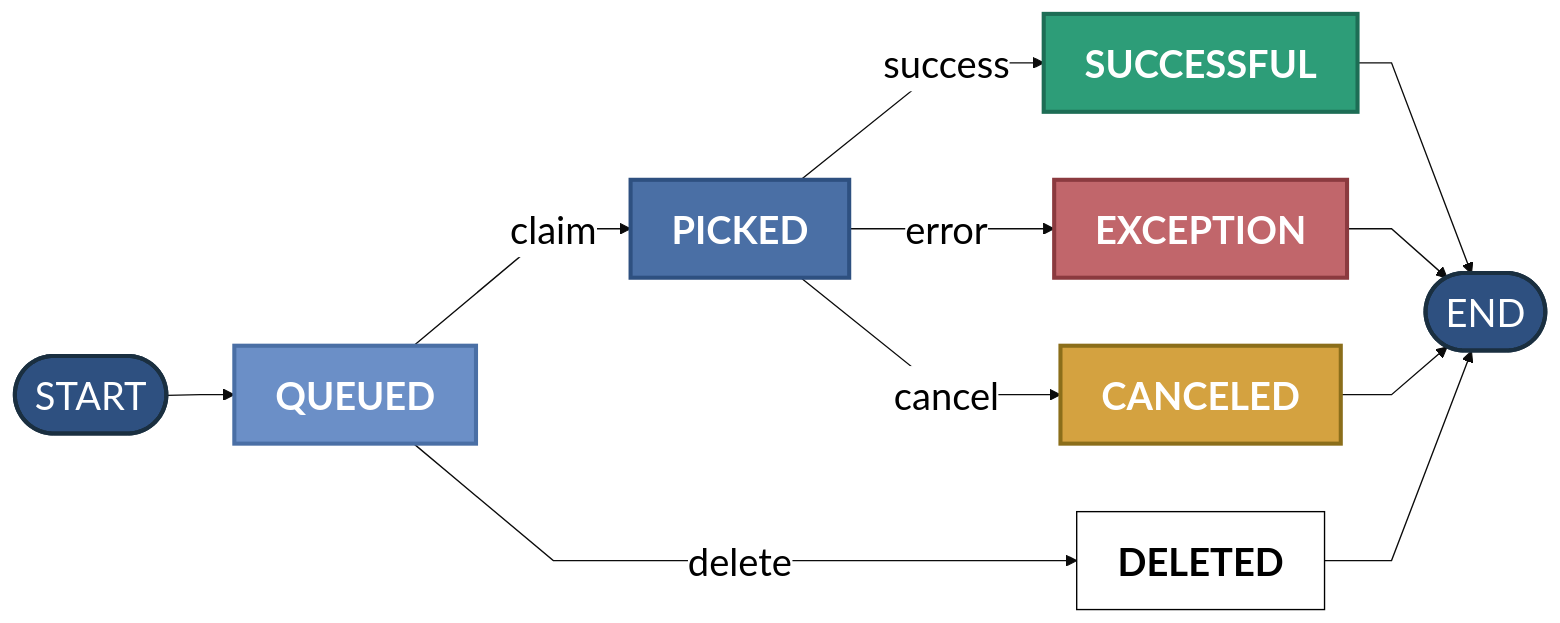
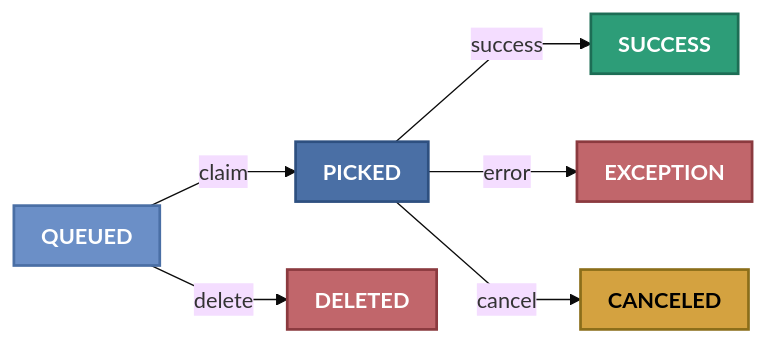
One commit to janbjorge/pgqueuer changed the third of 3 diagrams in docs/reference/architecture.md. Above: the diagram before and after it, drawn with Mermaid. The commit also changed other lines of this file and 2 other files, not shown here.

First line of the commit message:
docs: compact diagrams to fit on screen

````diff
--- a/docs/reference/architecture.md
+++ b/docs/reference/architecture.md
@@ -105,28 +105,28 @@
 ```mermaid
-%%{init: {'flowchart': {'htmlLabels': true, 'curve': 'linear'}, 'theme': 'base', 'themeVariables': {'primaryColor':'#fff', 'primaryTextColor':'#000', 'primaryBorderColor':'#000', 'fontSize': '28px', 'fontFamily': 'Inter, sans-serif'}}}%%
+%%{init: {'flowchart': {'htmlLabels': true, 'curve': 'linear', 'padding': '10'}, 'theme': 'base', 'themeVariables': {'fontSize': '16px', 'fontFamily': 'Inter, sans-serif'}}}%%
 flowchart LR
-    Start(["START"]) --> Queued["<b style='font-size:28px'>QUEUED</b>"]
-    Queued -->|"claim"| Picked["<b style='font-size:28px'>PICKED</b>"]
-    Queued -->|"delete"| Deleted["<b style='font-size:28px'>DELETED</b>"]
-    Picked -->|"success"| Success["<b style='font-size:28px'>SUCCESSFUL</b>"]
-    Picked -->|"error"| Exception["<b style='font-size:28px'>EXCEPTION</b>"]
-    Picked -->|"cancel"| Canceled["<b style='font-size:28px'>CANCELED</b>"]
-    Success --> End(["END"])
-    Exception --> End
-    Canceled --> End
-    Deleted --> End
+    Queued["<b>QUEUED</b>"]
+    Picked["<b>PICKED</b>"]
+    Success["<b>SUCCESS</b>"]
+    Exception["<b>EXCEPTION</b>"]
+    Canceled["<b>CANCELED</b>"]
+    Deleted["<b>DELETED</b>"]
 
-    classDef queuedStyle fill:#6B8FC7,stroke:#4A6FA5,stroke-width:3px,color:#fff
-    classDef pickedStyle fill:#4A6FA5,stroke:#2E5080,stroke-width:3px,color:#fff
-    classDef successStyle fill:#2D9D78,stroke:#1d6d55,stroke-width:3px,color:#fff
-    classDef exceptionStyle fill:#C1666B,stroke:#8b3a3f,stroke-width:3px,color:#fff
-    classDef canceledStyle fill:#D4A240,stroke:#8b6e1a,stroke-width:3px,color:#fff
-    classDef terminalStyle fill:#2E5080,stroke:#1a2f40,stroke-width:3px,color:#fff
+    Queued -->|claim| Picked
+    Queued -->|delete| Deleted
+    Picked -->|success| Success
+    Picked -->|error| Exception
+    Picked -->|cancel| Canceled
 
-    class Queued queuedStyle
-    class Picked pickedStyle
-    class Success successStyle
-    class Exception exceptionStyle
-    class Canceled canceledStyle
-    class Start,End terminalStyle
+    classDef queued fill:#6B8FC7,stroke:#4A6FA5,stroke-width:2px,color:#fff
+    classDef picked fill:#4A6FA5,stroke:#2E5080,stroke-width:2px,color:#fff
+    classDef success fill:#2D9D78,stroke:#1d6d55,stroke-width:2px,color:#fff
+    classDef error fill:#C1666B,stroke:#8b3a3f,stroke-width:2px,color:#fff
+    classDef canceled fill:#D4A240,stroke:#8b6e1a,stroke-width:2px,color:#000
+
+    class Queued queued
+    class Picked picked
+    class Success success
+    class Exception,Deleted error
+    class Canceled canceled
 ```
````
